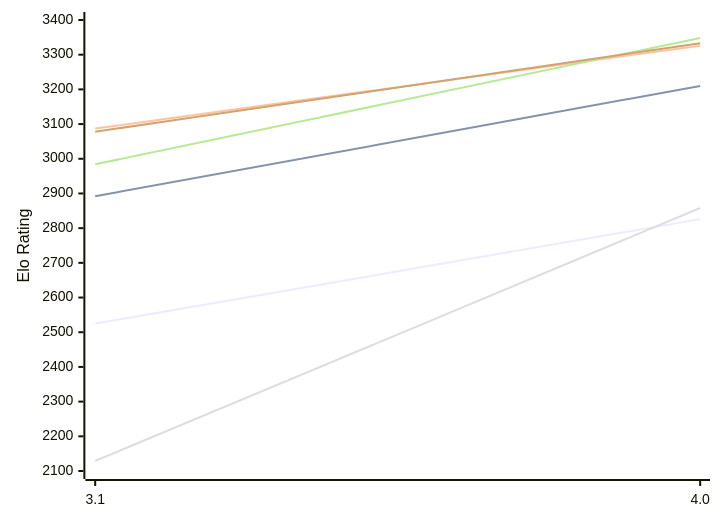
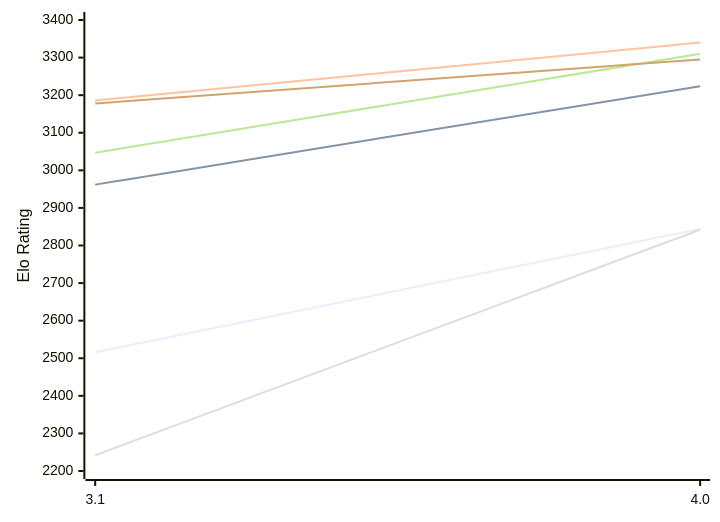
Before and after one commit to computer-chess-index/cci: the first of 2 diagrams in engines/Sykora.md, drawn with Mermaid. The commit also changed other lines of this file, not shown here.

Commit message:
Update CCI Ratings (ELO VLTC) - 2026-11-14

````diff
--- a/engines/Sykora.md
+++ b/engines/Sykora.md
@@ -53,12 +53,12 @@
 ```mermaid
 %%{init: {"theme":"base","themeVariables":{"seriesColors:['#a3a3a3','#222221','#faa371']}}}%%
 xychart-beta
   x-axis ["3.1", "4.0"]
-  y-axis "Elo Rating" 2100 --> 3400
-  line "E1: STC (8.0+0.08s)" [2525, 2826]
-  line "E1: LTC (60.0+0.60s)" [2892, 3210]
-  line "E1: VLTC (2m24s+1.12s)" [3087, 3326]
-  line "P1: STC (8.0+0.08s)" [2129, 2858]
-  line "P1: LTC (60.0+0.60s)" [2984, 3348]
-  line "P1: VLTC (2m24s+1.12s)" [3078, 3333]
+  y-axis "Elo Rating" 2200 --> 3400
+  line "E1: STC (8.0+0.08s)" [2516, 2844]
+  line "E1: LTC (60.0+0.60s)" [2962, 3224]
+  line "E1: VLTC (2m24s+1.12s)" [3186, 3340]
+  line "P1: STC (8.0+0.08s)" [2242, 2842]
+  line "P1: LTC (60.0+0.60s)" [3047, 3310]
+  line "P1: VLTC (2m24s+1.12s)" [3178, 3295]
 ```
````
